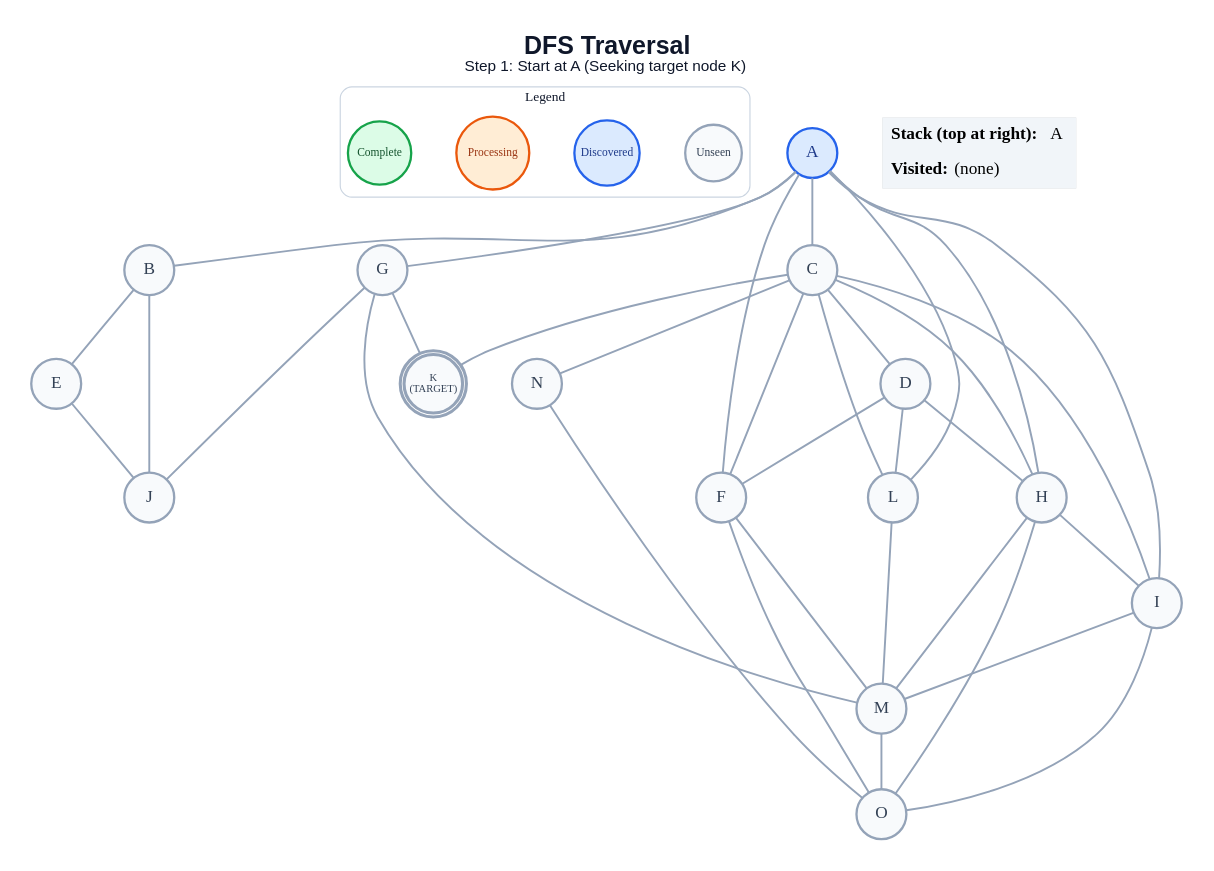
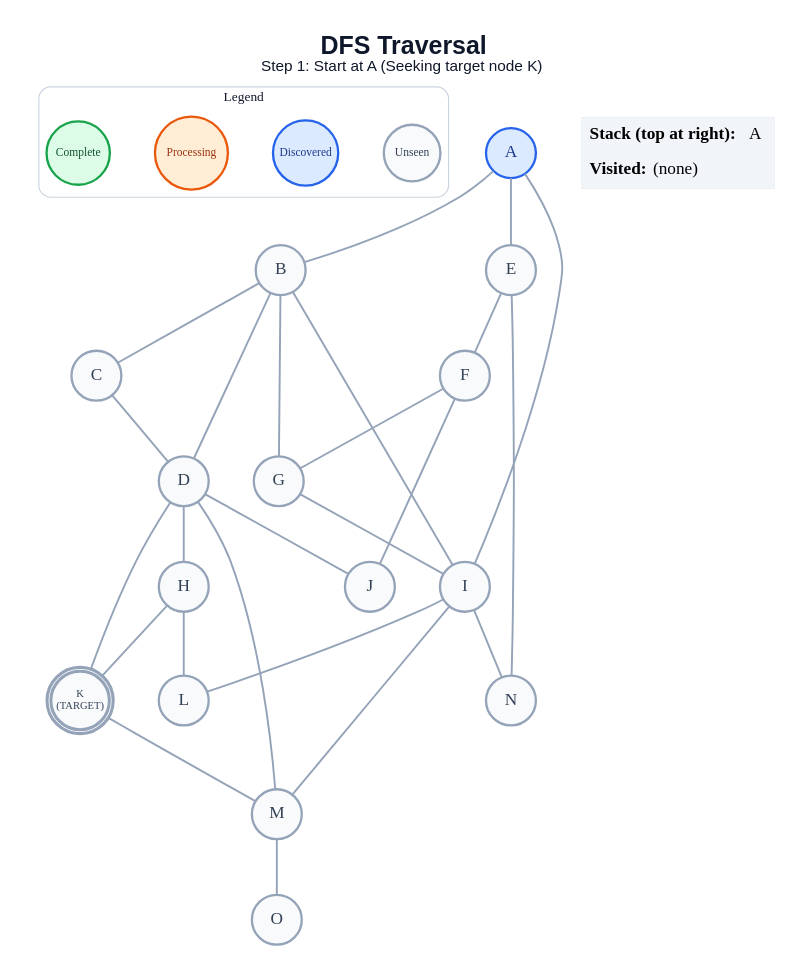
One commit to anon7238593-create/ai-slop changed the diagram in generated/dfs/step_01.dot. Above: the diagram before and after it, drawn with Graphviz. The commit also changed 264 other files, not shown here.

```diff
--- a/generated/dfs/step_01.dot
+++ b/generated/dfs/step_01.dot
@@ -1,67 +1,58 @@
 graph traversal {
   graph [layout=dot, rankdir=TB, bgcolor="#FFFFFF", pad="0.35", nodesep="0.65", ranksep="0.8", fontname="Arial"];
   node [shape=circle, style="filled", fontname="Arial Bold", fontsize=18, width=0.72, fixedsize=true, penwidth=2.4];
   edge [color="#94A3B8", penwidth=2.0];
   label=<<B>DFS Traversal</B><BR/><FONT POINT-SIZE="16">Step 1: Start at A (Seeking target node K)</FONT>>; labelloc="t"; fontsize=26; fontname="Arial"; fontcolor="#0F172A";
   subgraph cluster_legend { label="Legend"; color="#CBD5E1"; penwidth=1.2; style="rounded"; fontsize=14; fontname="Arial Bold";
     key_unseen [label="Unseen", fillcolor="#F8FAFC", color="#94A3B8", fontcolor="#334155", fontsize=12, width=0.82];
     key_frontier [label="Discovered", fillcolor="#DBEAFE", color="#2563EB", fontcolor="#1E3A8A", fontsize=12, width=0.95];
     key_current [label="Processing", fillcolor="#FFEDD5", color="#EA580C", fontcolor="#9A3412", fontsize=12, width=1.05];
     key_done [label="Complete", fillcolor="#DCFCE7", color="#16A34A", fontcolor="#14532D", fontsize=12, width=0.92];
     { rank=same; key_unseen; key_frontier; key_current; key_done; }
   }
   A [label="A", fillcolor="#DBEAFE", color="#2563EB", fontcolor="#1E3A8A", peripheries=1, penwidth=2.4];
   B [label="B", fillcolor="#F8FAFC", color="#94A3B8", fontcolor="#334155", peripheries=1, penwidth=2.4];
   C [label="C", fillcolor="#F8FAFC", color="#94A3B8", fontcolor="#334155", peripheries=1, penwidth=2.4];
   D [label="D", fillcolor="#F8FAFC", color="#94A3B8", fontcolor="#334155", peripheries=1, penwidth=2.4];
   E [label="E", fillcolor="#F8FAFC", color="#94A3B8", fontcolor="#334155", peripheries=1, penwidth=2.4];
   F [label="F", fillcolor="#F8FAFC", color="#94A3B8", fontcolor="#334155", peripheries=1, penwidth=2.4];
   G [label="G", fillcolor="#F8FAFC", color="#94A3B8", fontcolor="#334155", peripheries=1, penwidth=2.4];
   H [label="H", fillcolor="#F8FAFC", color="#94A3B8", fontcolor="#334155", peripheries=1, penwidth=2.4];
   I [label="I", fillcolor="#F8FAFC", color="#94A3B8", fontcolor="#334155", peripheries=1, penwidth=2.4];
   J [label="J", fillcolor="#F8FAFC", color="#94A3B8", fontcolor="#334155", peripheries=1, penwidth=2.4];
   K [label="K\n(TARGET)", fillcolor="#F8FAFC", color="#94A3B8", fontcolor="#334155", peripheries=2, penwidth=3.2, fontsize=11, width=0.85, height=0.85];
   L [label="L", fillcolor="#F8FAFC", color="#94A3B8", fontcolor="#334155", peripheries=1, penwidth=2.4];
   M [label="M", fillcolor="#F8FAFC", color="#94A3B8", fontcolor="#334155", peripheries=1, penwidth=2.4];
   N [label="N", fillcolor="#F8FAFC", color="#94A3B8", fontcolor="#334155", peripheries=1, penwidth=2.4];
   O [label="O", fillcolor="#F8FAFC", color="#94A3B8", fontcolor="#334155", peripheries=1, penwidth=2.4];
   A -- B;
-  A -- C;
-  A -- F;
-  A -- G;
-  A -- H;
+  A -- E;
   A -- I;
-  A -- L;
-  B -- E;
-  B -- J;
+  B -- C;
+  B -- D;
+  B -- G;
+  B -- I;
   C -- D;
-  C -- F;
-  C -- H;
-  C -- I;
-  C -- K;
-  C -- L;
-  C -- N;
-  D -- F;
   D -- H;
-  D -- L;
-  E -- J;
-  F -- M;
-  F -- O;
-  G -- J;
-  G -- K;
-  G -- M;
-  H -- I;
-  H -- M;
-  H -- O;
+  D -- J;
+  D -- K;
+  D -- M;
+  E -- F;
+  E -- N;
+  F -- G;
+  F -- J;
+  G -- I;
+  H -- K;
+  H -- L;
+  I -- L;
   I -- M;
-  I -- O;
-  L -- M;
+  I -- N;
+  K -- M;
   M -- O;
-  N -- O;
   status [shape=plain, fixedsize=false, width=0, height=0, margin=0, label=<
     <TABLE BORDER="0" CELLBORDER="0" CELLPADDING="7" BGCOLOR="#F1F5F9">
       <TR><TD ALIGN="LEFT"><B>Stack (top at right):</B> A</TD></TR>
       <TR><TD ALIGN="LEFT"><B>Visited:</B> (none)</TD></TR>
     </TABLE>
   >];
 }
```
